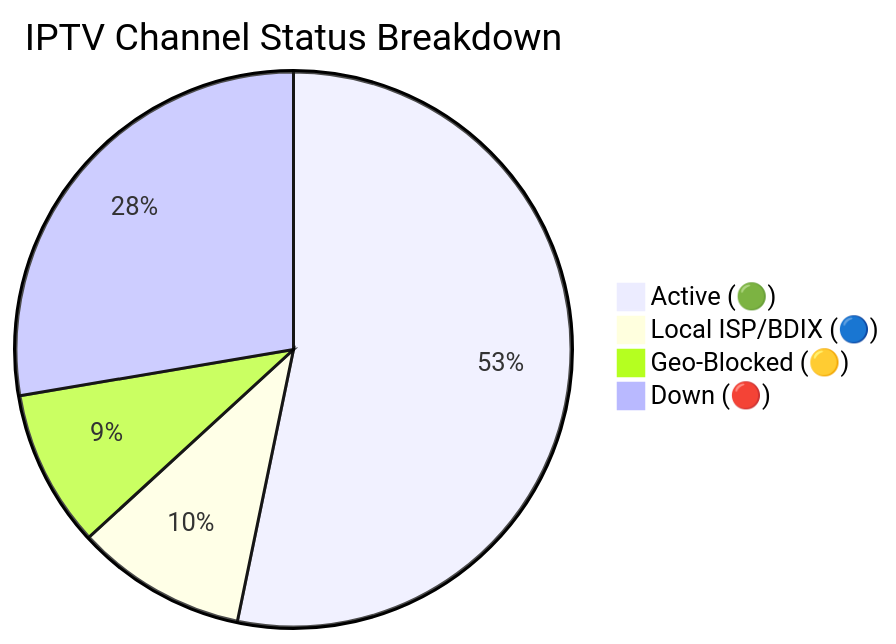
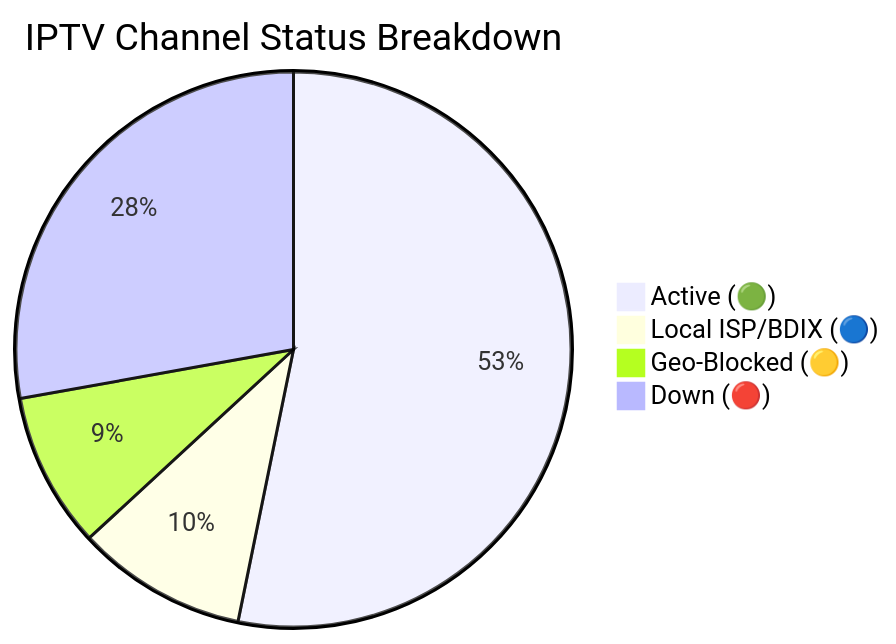
The diagram in README.md (f6388600-ai/Web), drawn with Mermaid before and after one commit. The commit also changed other lines of this file and 6 other files, not shown here.

````diff
--- a/README.md
+++ b/README.md
@@ -149,7 +149,7 @@
 ```mermaid
 pie title IPTV Channel Status Breakdown
-    "Active (🟢)" : 9289
-    "Local ISP/BDIX (🔵)" : 1734
-    "Geo-Blocked (🟡)" : 1597
-    "Down (🔴)" : 4827
+    "Active (🟢)" : 9324
+    "Local ISP/BDIX (🔵)" : 1741
+    "Geo-Blocked (🟡)" : 1583
+    "Down (🔴)" : 4877
 ```
````
